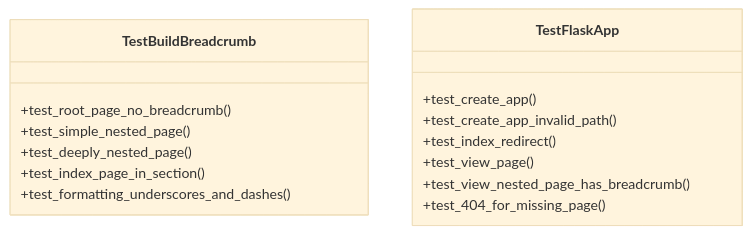
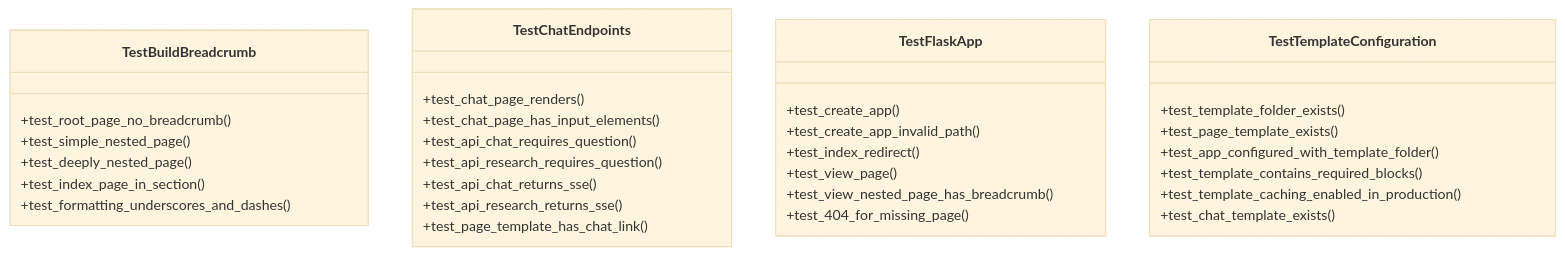
One commit to UrbanDiver/local-deepwiki-mcp changed the first of 2 diagrams in .deepwiki/files/tests/test_web.md. Above: the diagram before and after it, drawn with Mermaid (base theme). The commit also changed other lines of this file and 75 other files, not shown here.

````diff
--- a/.deepwiki/files/tests/test_web.md
+++ b/.deepwiki/files/tests/test_web.md
@@ -97,18 +399,35 @@
 ```mermaid
 classDiagram
     class TestBuildBreadcrumb {
         +test_root_page_no_breadcrumb()
         +test_simple_nested_page()
         +test_deeply_nested_page()
         +test_index_page_in_section()
         +test_formatting_underscores_and_dashes()
     }
+    class TestChatEndpoints {
+        +test_chat_page_renders()
+        +test_chat_page_has_input_elements()
+        +test_api_chat_requires_question()
+        +test_api_research_requires_question()
+        +test_api_chat_returns_sse()
+        +test_api_research_returns_sse()
+        +test_page_template_has_chat_link()
+    }
     class TestFlaskApp {
         +test_create_app()
         +test_create_app_invalid_path()
         +test_index_redirect()
         +test_view_page()
         +test_view_nested_page_has_breadcrumb()
         +test_404_for_missing_page()
     }
+    class TestTemplateConfiguration {
+        +test_template_folder_exists()
+        +test_page_template_exists()
+        +test_app_configured_with_template_folder()
+        +test_template_contains_required_blocks()
+        +test_template_caching_enabled_in_production()
+        +test_chat_template_exists()
+    }
 ```
````
